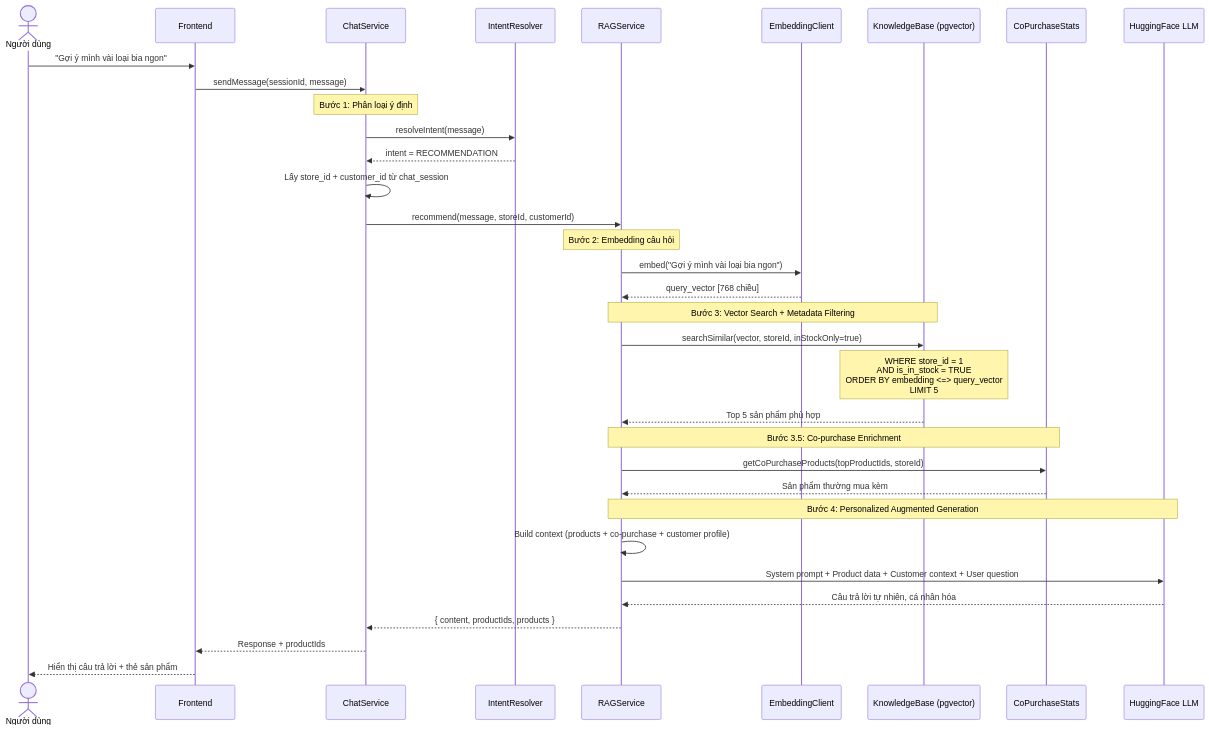
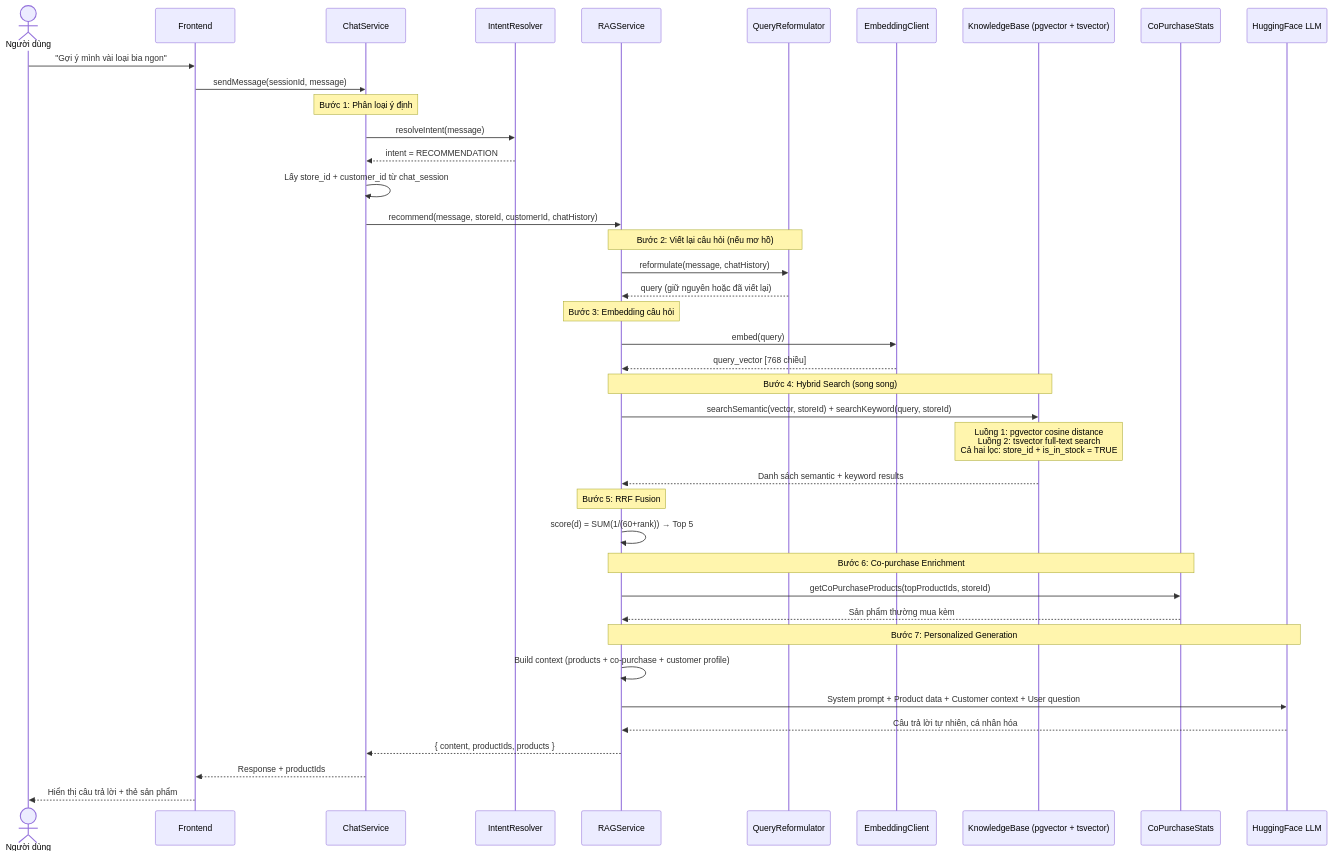
Before and after one commit to PhatNguyenTT2/microservices: the sixth of 9 diagrams in docs/chatbot/bao-cao-chatbot-rag.md, drawn with Mermaid. The commit also changed other lines of this file and 5 other files, not shown here.

````diff
--- a/docs/chatbot/bao-cao-chatbot-rag.md
+++ b/docs/chatbot/bao-cao-chatbot-rag.md
@@ -391,44 +413,52 @@
 ```mermaid
 sequenceDiagram
     actor User as Người dùng
     participant FE as Frontend
     participant CS as ChatService
     participant IR as IntentResolver
     participant RAG as RAGService
+    participant QR as QueryReformulator
     participant EMB as EmbeddingClient
-    participant KB as KnowledgeBase (pgvector)
+    participant KB as KnowledgeBase (pgvector + tsvector)
     participant CP as CoPurchaseStats
     participant LLM as HuggingFace LLM
 
     User->>FE: "Gợi ý mình vài loại bia ngon"
     FE->>CS: sendMessage(sessionId, message)
 
     Note over CS: Bước 1: Phân loại ý định
     CS->>IR: resolveIntent(message)
     IR-->>CS: intent = RECOMMENDATION
 
     CS->>CS: Lấy store_id + customer_id từ chat_session
-    CS->>RAG: recommend(message, storeId, customerId)
+    CS->>RAG: recommend(message, storeId, customerId, chatHistory)
 
-    Note over RAG: Bước 2: Embedding câu hỏi
-    RAG->>EMB: embed("Gợi ý mình vài loại bia ngon")
+    Note over RAG,QR: Bước 2: Viết lại câu hỏi (nếu mơ hồ)
+    RAG->>QR: reformulate(message, chatHistory)
+    QR-->>RAG: query (giữ nguyên hoặc đã viết lại)
+
+    Note over RAG: Bước 3: Embedding câu hỏi
+    RAG->>EMB: embed(query)
     EMB-->>RAG: query_vector [768 chiều]
 
-    Note over RAG,KB: Bước 3: Vector Search + Metadata Filtering
-    RAG->>KB: searchSimilar(vector, storeId, inStockOnly=true)
-    Note over KB: WHERE store_id = 1<br/>AND is_in_stock = TRUE<br/>ORDER BY embedding <=> query_vector<br/>LIMIT 5
-    KB-->>RAG: Top 5 sản phẩm phù hợp
+    Note over RAG,KB: Bước 4: Hybrid Search (song song)
+    RAG->>KB: searchSemantic(vector, storeId) + searchKeyword(query, storeId)
+    Note over KB: Luồng 1: pgvector cosine distance<br/>Luồng 2: tsvector full-text search<br/>Cả hai lọc: store_id + is_in_stock = TRUE
+    KB-->>RAG: Danh sách semantic + keyword results
 
-    Note over RAG,CP: Bước 3.5: Co-purchase Enrichment
+    Note over RAG: Bước 5: RRF Fusion
+    RAG->>RAG: score(d) = SUM(1/(60+rank)) → Top 5
+
+    Note over RAG,CP: Bước 6: Co-purchase Enrichment
     RAG->>CP: getCoPurchaseProducts(topProductIds, storeId)
     CP-->>RAG: Sản phẩm thường mua kèm
 
-    Note over RAG,LLM: Bước 4: Personalized Augmented Generation
+    Note over RAG,LLM: Bước 7: Personalized Generation
     RAG->>RAG: Build context (products + co-purchase + customer profile)
     RAG->>LLM: System prompt + Product data + Customer context + User question
     LLM-->>RAG: Câu trả lời tự nhiên, cá nhân hóa
 
     RAG-->>CS: { content, productIds, products }
     CS-->>FE: Response + productIds
     FE-->>User: Hiển thị câu trả lời + thẻ sản phẩm
 ```
````
